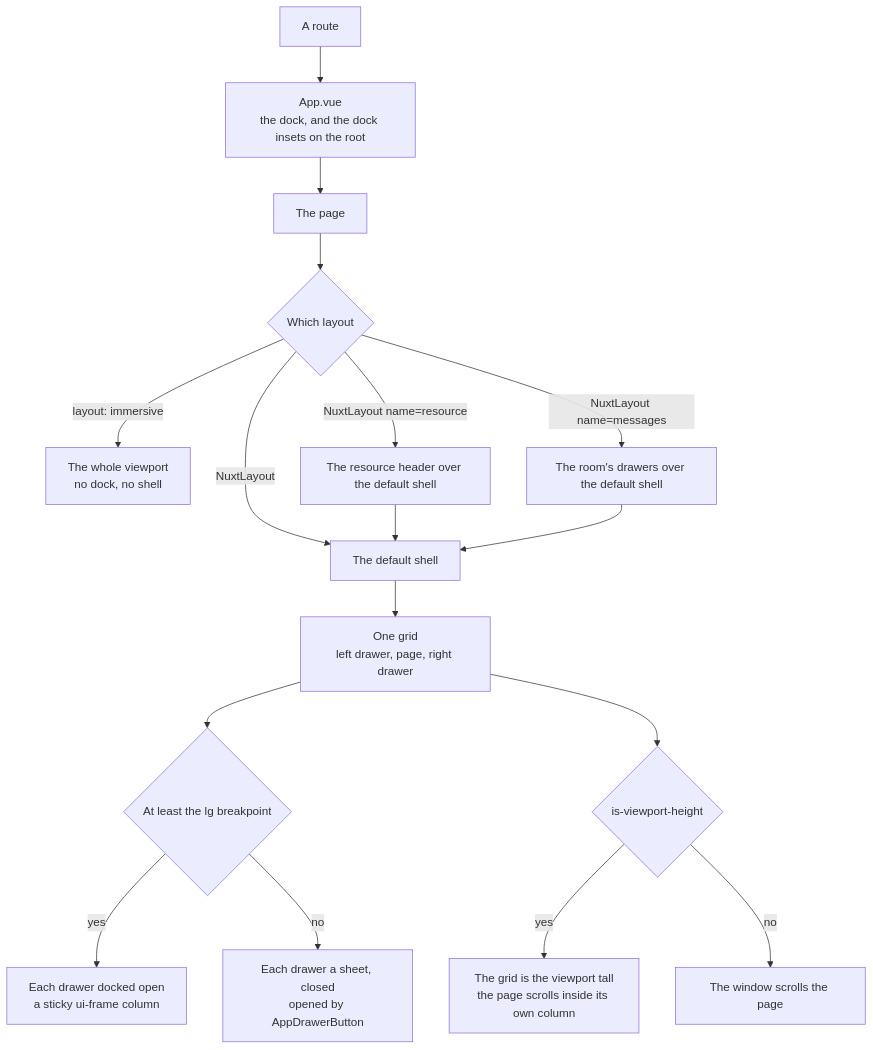
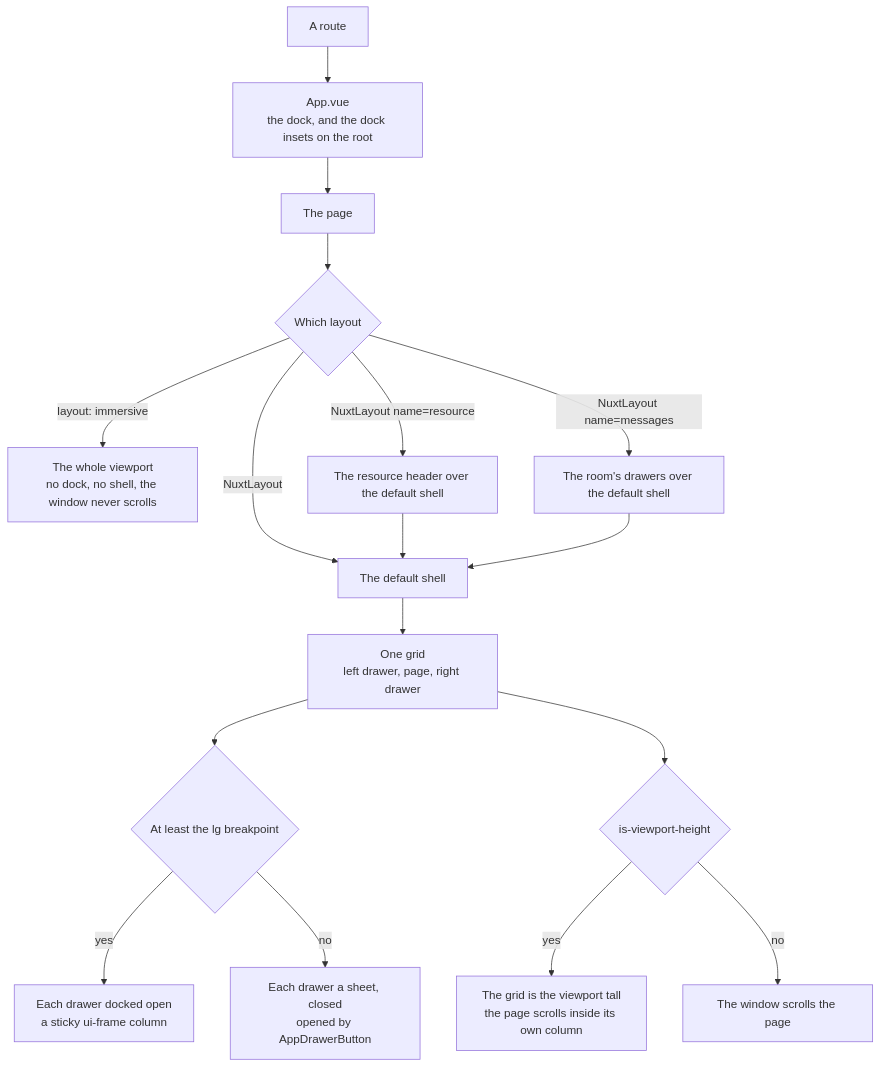
Before and after one commit to Esposter/Esposter: the diagram in apps/web/content/docs/architecture/page-layout.md, drawn with Mermaid. The commit also changed other lines of this file, not shown here.

Commit message:
docs(web): an immersive page never scrolls the window, so the height section no longer says every page does

````diff
--- a/apps/web/content/docs/architecture/page-layout.md
+++ b/apps/web/content/docs/architecture/page-layout.md
@@ -12,19 +12,19 @@
 ```mermaid
 flowchart TD
   R[A route] --> A[App.vue<br/>the dock, and the dock insets on the root]
   A --> P[The page]
   P --> L{Which layout}
-  L -->|layout: immersive| I[The whole viewport<br/>no dock, no shell]
+  L -->|layout: immersive| I[The whole viewport<br/>no dock, no shell, the window never scrolls]
   L -->|NuxtLayout name=resource| RS[The resource header over the default shell]
   L -->|NuxtLayout name=messages| MS[The room's drawers over the default shell]
   L -->|NuxtLayout| D[The default shell]
   RS --> D
   MS --> D
   D --> G[One grid<br/>left drawer, page, right drawer]
   G --> W{At least the lg breakpoint}
   W -->|yes| DK[Each drawer docked open<br/>a sticky ui-frame column]
   W -->|no| SH[Each drawer a sheet, closed<br/>opened by AppDrawerButton]
   G --> H{is-viewport-height}
   H -->|yes| VH[The grid is the viewport tall<br/>the page scrolls inside its own column]
   H -->|no| WS[The window scrolls the page]
 ```
````
